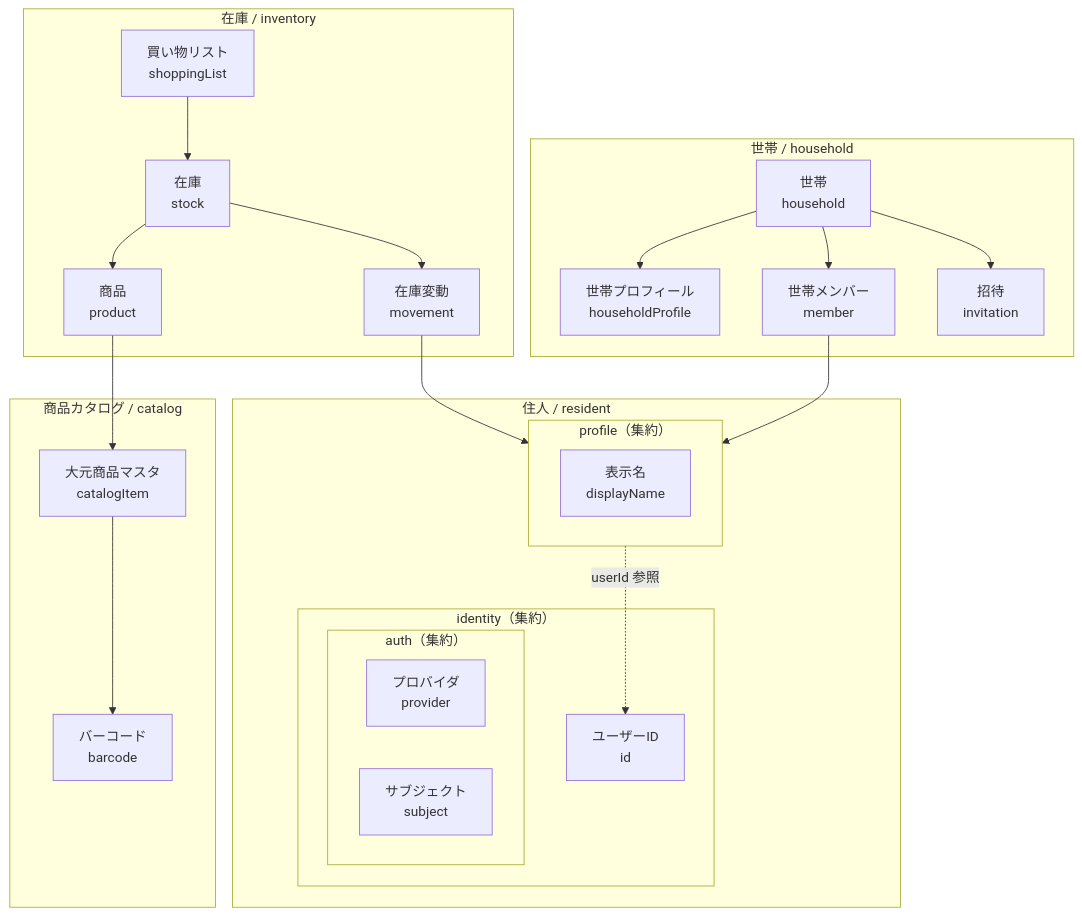
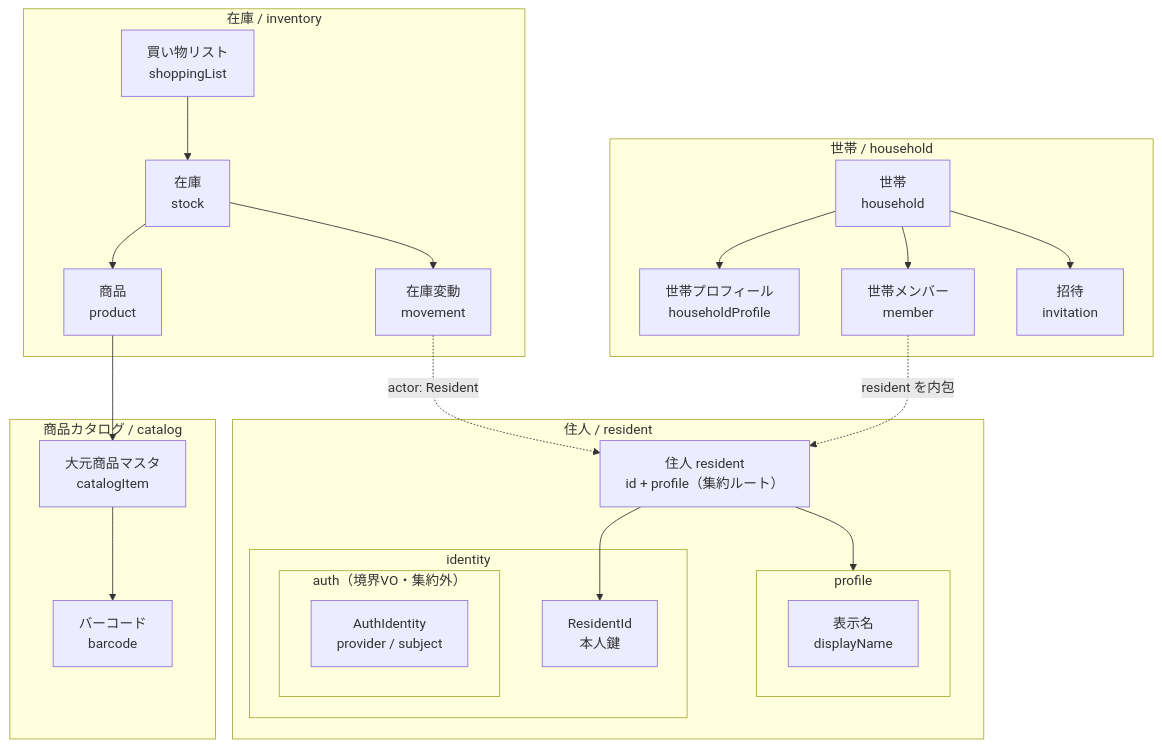
One commit to bright-room/mindstock changed the fourth of 9 diagrams in docs/superpowers/specs/2026-05-31-mindstock-full-replace-design/01-sudo-modeling.md. Above: the diagram before and after it, drawn with Mermaid. The commit also changed other lines of this file and 2 other files, not shown here.

Commit message:
docs: 00/01/02 を 03 の resident 再設計に軽く整合
- UserId→ResidentId、Profile=userId+DisplayName→Resident(id, profile)
- Identity 集約の記述を廃し AuthIdentity を境界 VO に
- InvitationStatus→HouseholdInvitation(None/Outstanding)、Quantity>=0→>0
- HouseholdMember/actor の参照を Profile→Resident、UserRpcService→ResidentRpcService

````diff
--- a/docs/superpowers/specs/2026-05-31-mindstock-full-replace-design/01-sudo-modeling.md
+++ b/docs/superpowers/specs/2026-05-31-mindstock-full-replace-design/01-sudo-modeling.md
@@ -142,43 +142,44 @@
 ```mermaid
 flowchart TB
     subgraph resident["住人 / resident"]
-        subgraph profile["profile（集約）"]
+        Resident["住人 resident<br/>id + profile（集約ルート）"]
+        subgraph profile["profile"]
             DisplayName["表示名<br/>displayName"]
         end
-        subgraph identity["identity（集約）"]
-            UserId["ユーザーID<br/>id"]
-            subgraph auth["auth（集約）"]
-                Provider["プロバイダ<br/>provider"]
-                Subject["サブジェクト<br/>subject"]
+        subgraph identity["identity"]
+            ResidentId["ResidentId<br/>本人鍵"]
+            subgraph auth["auth（境界VO・集約外）"]
+                AuthV["AuthIdentity<br/>provider / subject"]
             end
         end
     end
     subgraph household["世帯 / household"]
         HH["世帯<br/>household"]
         HProfile["世帯プロフィール<br/>householdProfile"]
         Member["世帯メンバー<br/>member"]
         Invitation["招待<br/>invitation"]
     end
     subgraph catalog["商品カタログ / catalog"]
         CatItem["大元商品マスタ<br/>catalogItem"]
         Barcode["バーコード<br/>barcode"]
     end
     subgraph inventory["在庫 / inventory"]
         Product["商品<br/>product"]
         Stock["在庫<br/>stock"]
         Movement["在庫変動<br/>movement"]
         Shopping["買い物リスト<br/>shoppingList"]
     end
 
-    profile -.->|userId 参照| UserId
+    Resident --> profile
+    Resident --> ResidentId
     HH --> HProfile
     HH --> Member
     HH --> Invitation
-    Member --> profile
+    Member -.->|resident を内包| Resident
     CatItem --> Barcode
     Product --> CatItem
     Stock --> Product
     Stock --> Movement
-    Movement --> profile
+    Movement -.->|actor: Resident| Resident
     Shopping --> Stock
 ```
````
